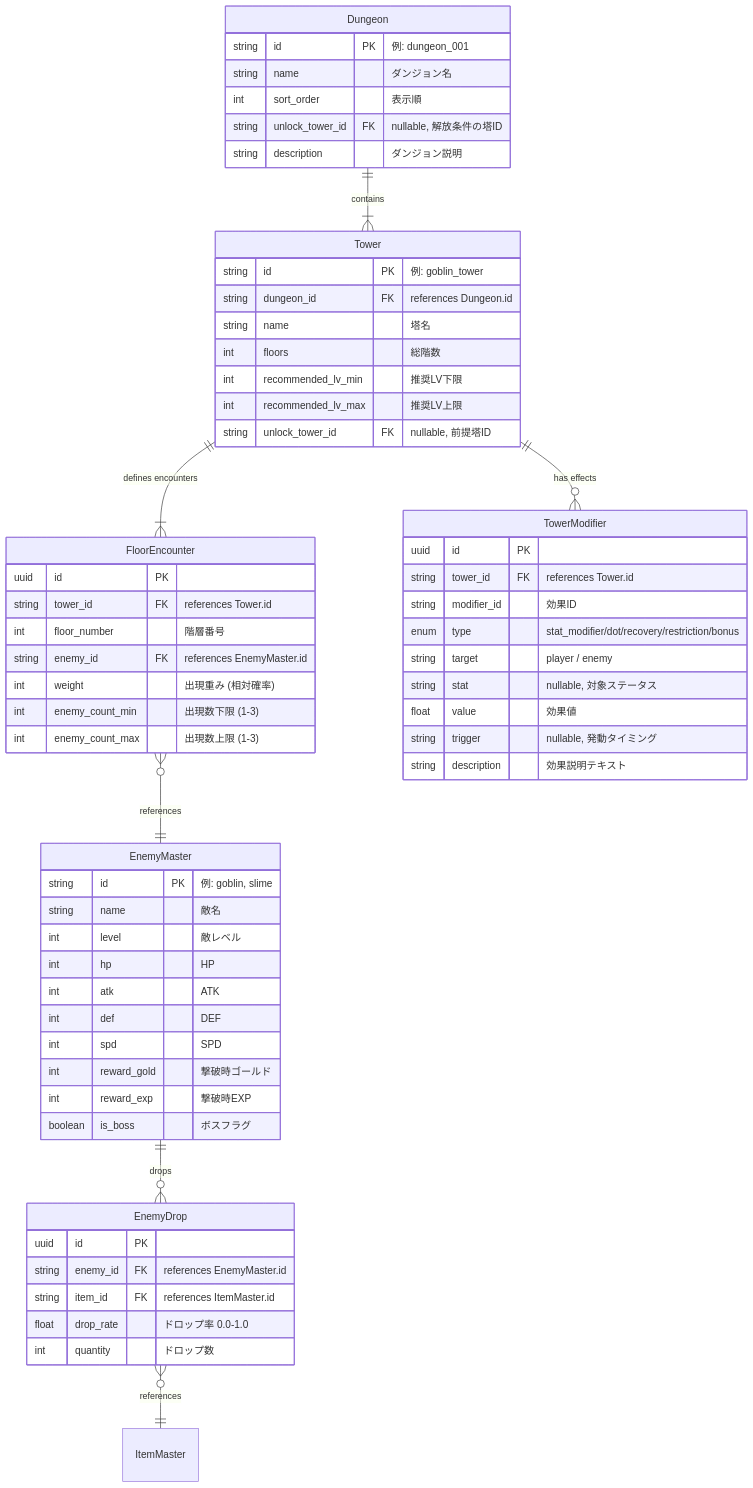
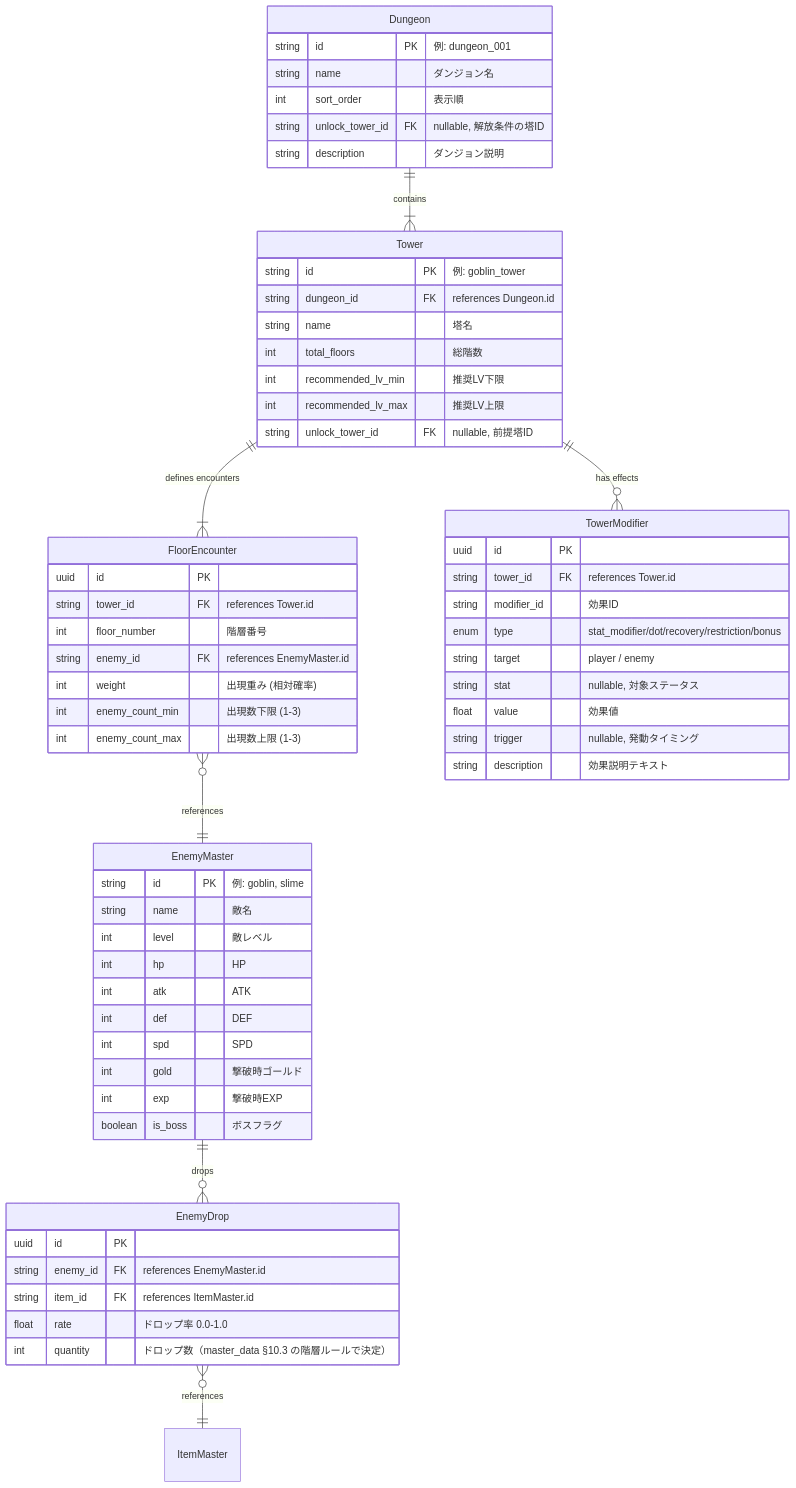
One commit to dateeee/2026_AFKGAME changed the sixth of 6 diagrams in diagrams/er_diagram.md. Above: the diagram before and after it, drawn with Mermaid. The commit also changed other lines of this file and 34 other files, not shown here.

First line of the commit message:
docs+fix: 工程定義に基づく要件〜詳細設計の見直し — 全仕様書・設計図レビューと指摘修正

````diff
--- a/diagrams/er_diagram.md
+++ b/diagrams/er_diagram.md
@@ -292,71 +294,71 @@
 ```mermaid
 %%{init: {'theme': 'default', 'themeVariables': {'fontSize': '16px'}} }%%
 erDiagram
     Dungeon ||--|{ Tower : "contains"
     Tower ||--|{ FloorEncounter : "defines encounters"
     Tower ||--o{ TowerModifier : "has effects"
     FloorEncounter }o--|| EnemyMaster : "references"
     EnemyMaster ||--o{ EnemyDrop : "drops"
     EnemyDrop }o--|| ItemMaster : "references"
 
     Dungeon {
         string id PK "例: dungeon_001"
         string name "ダンジョン名"
         int sort_order "表示順"
         string unlock_tower_id FK "nullable, 解放条件の塔ID"
         string description "ダンジョン説明"
     }
 
     Tower {
         string id PK "例: goblin_tower"
         string dungeon_id FK "references Dungeon.id"
         string name "塔名"
-        int floors "総階数"
+        int total_floors "総階数"
         int recommended_lv_min "推奨LV下限"
         int recommended_lv_max "推奨LV上限"
         string unlock_tower_id FK "nullable, 前提塔ID"
     }
 
     TowerModifier {
         uuid id PK
         string tower_id FK "references Tower.id"
         string modifier_id "効果ID"
         enum type "stat_modifier/dot/recovery/restriction/bonus"
         string target "player / enemy"
         string stat "nullable, 対象ステータス"
         float value "効果値"
         string trigger "nullable, 発動タイミング"
         string description "効果説明テキスト"
     }
 
     FloorEncounter {
         uuid id PK
         string tower_id FK "references Tower.id"
         int floor_number "階層番号"
         string enemy_id FK "references EnemyMaster.id"
         int weight "出現重み (相対確率)"
         int enemy_count_min "出現数下限 (1-3)"
         int enemy_count_max "出現数上限 (1-3)"
     }
 
     EnemyMaster {
         string id PK "例: goblin, slime"
         string name "敵名"
         int level "敵レベル"
         int hp "HP"
         int atk "ATK"
         int def "DEF"
         int spd "SPD"
-        int reward_gold "撃破時ゴールド"
-        int reward_exp "撃破時EXP"
+        int gold "撃破時ゴールド"
+        int exp "撃破時EXP"
         boolean is_boss "ボスフラグ"
     }
 
     EnemyDrop {
         uuid id PK
         string enemy_id FK "references EnemyMaster.id"
         string item_id FK "references ItemMaster.id"
-        float drop_rate "ドロップ率 0.0-1.0"
-        int quantity "ドロップ数"
+        float rate "ドロップ率 0.0-1.0"
+        int quantity "ドロップ数（master_data §10.3 の階層ルールで決定）"
     }
 ```
````
